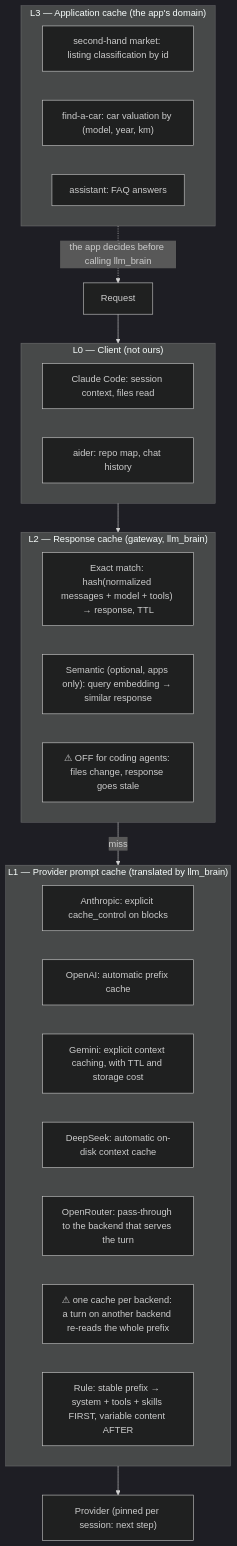
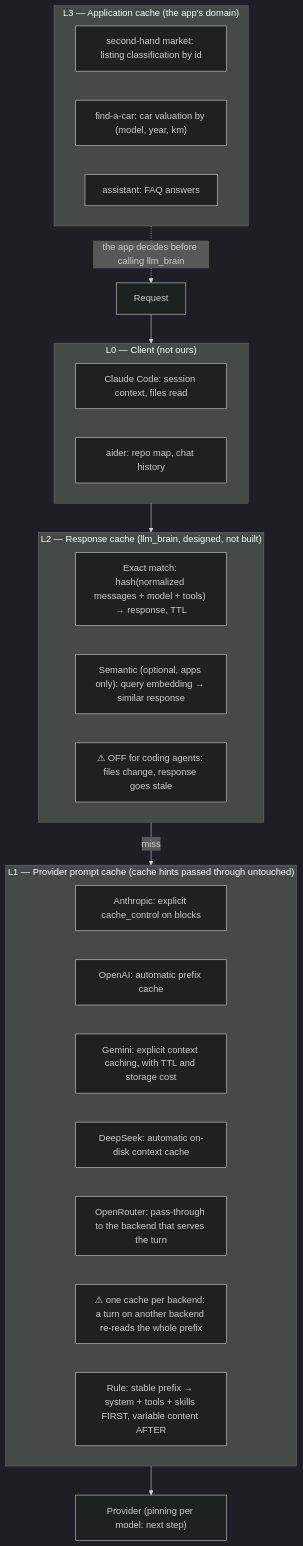
One commit to pjcau/llm_brain changed the diagram in docs/architecture/cache.md. Above: the diagram before and after it, drawn with Mermaid (dark theme). The commit also changed other lines of this file and 42 other files, not shown here.

````diff
--- a/docs/architecture/cache.md
+++ b/docs/architecture/cache.md
@@ -13,33 +20,33 @@
 ```mermaid
 flowchart TB
     subgraph L0["L0 — Client (not ours)"]
         L0a["Claude Code: session context, files read"]
         L0b["aider: repo map, chat history"]
     end
 
-    subgraph L2["L2 — Response cache (gateway, llm_brain)"]
+    subgraph L2["L2 — Response cache (llm_brain, designed, not built)"]
         L2a["Exact match: hash(normalized messages + model + tools) → response, TTL"]
         L2b["Semantic (optional, apps only): query embedding → similar response"]
         L2n["⚠ OFF for coding agents: files change, response goes stale"]
     end
 
-    subgraph L1["L1 — Provider prompt cache (translated by llm_brain)"]
+    subgraph L1["L1 — Provider prompt cache (cache hints passed through untouched)"]
         L1a["Anthropic: explicit cache_control on blocks"]
         L1b["OpenAI: automatic prefix cache"]
         L1c["Gemini: explicit context caching, with TTL and storage cost"]
         L1d["DeepSeek: automatic on-disk context cache"]
         L1e["OpenRouter: pass-through to the backend that serves the turn"]
         L1f["⚠ one cache per backend: a turn on another backend re-reads the whole prefix"]
         L1n["Rule: stable prefix → system + tools + skills FIRST, variable content AFTER"]
     end
 
     subgraph L3["L3 — Application cache (the app's domain)"]
         L3a["second-hand market: listing classification by id"]
         L3b["find-a-car: car valuation by (model, year, km)"]
         L3c["assistant: FAQ answers"]
     end
 
     REQ["Request"] --> L0 --> L2
-    L2 -- miss --> L1 --> PROV["Provider (pinned per session: next step)"]
+    L2 -- miss --> L1 --> PROV["Provider (pinning per model: next step)"]
     L3 -. "the app decides before calling llm_brain" .-> REQ
 ```
````
